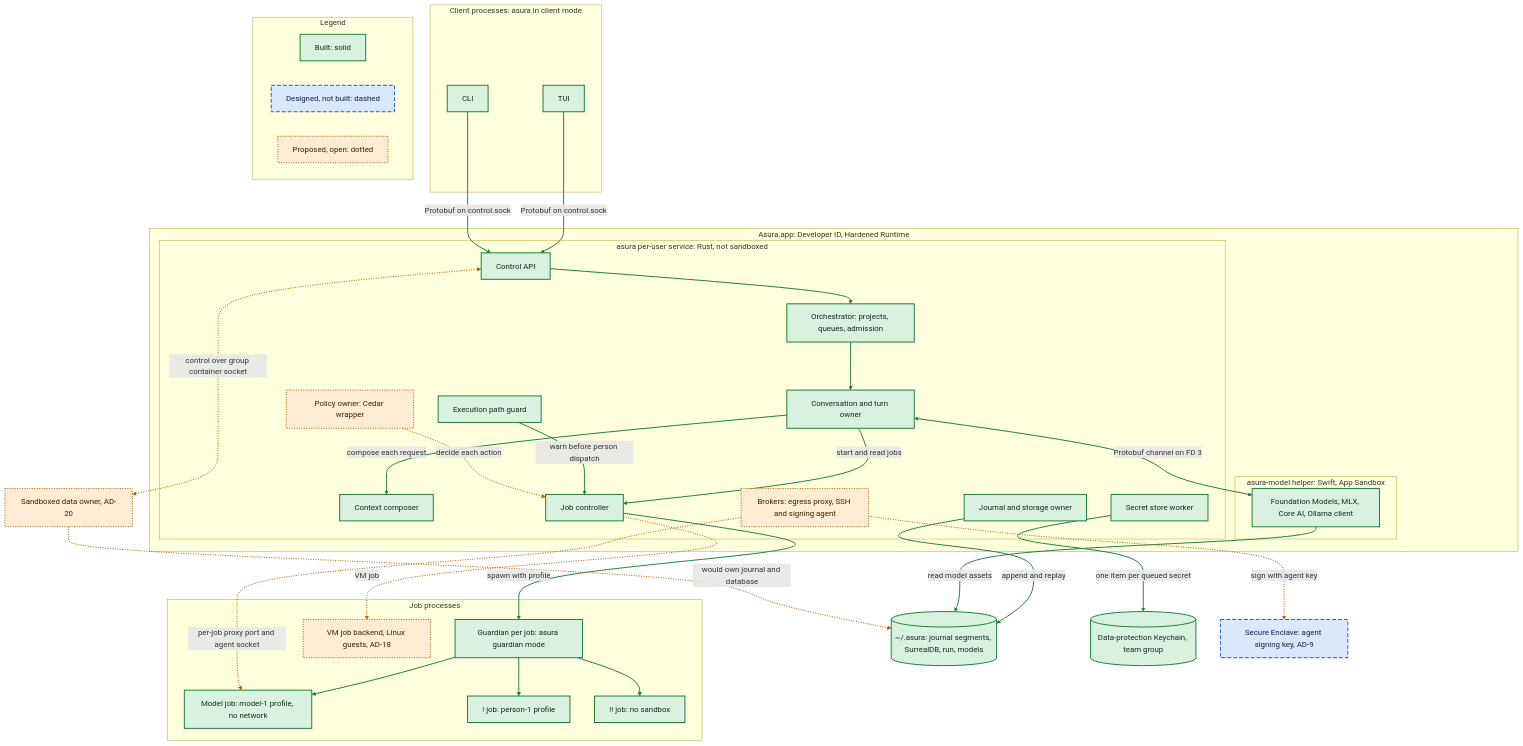
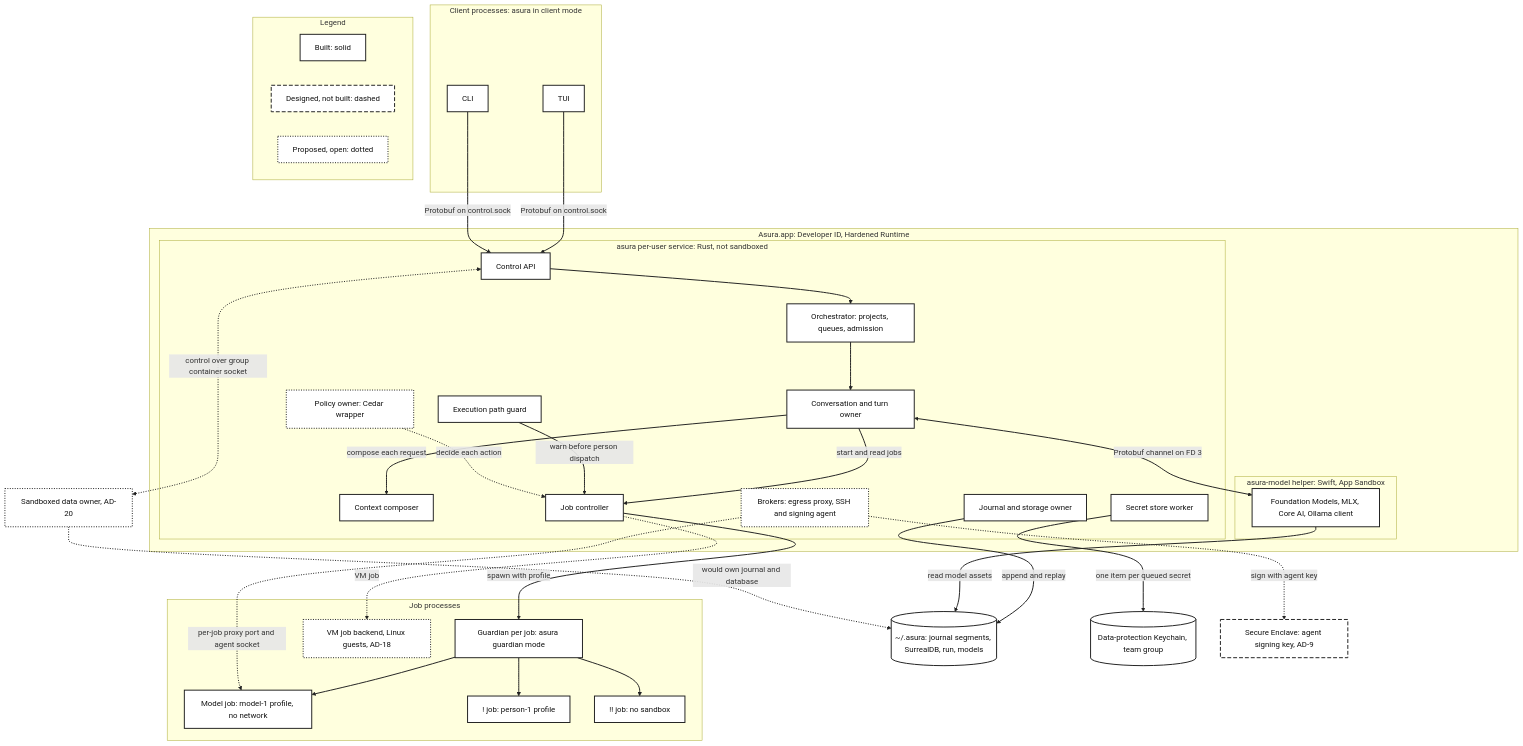
Before and after one commit to pidster/asura: the second of 7 diagrams in docs/designs/architecture-overview.md, drawn with Mermaid. The commit also changed other lines of this file, not shown here.

First line of the commit message:
Draw the overview diagrams in line styles only, without colour

````diff
--- a/docs/designs/architecture-overview.md
+++ b/docs/designs/architecture-overview.md
@@ -144,67 +143,67 @@
 ```mermaid
 flowchart TB
     subgraph ClientProcs["Client processes: asura in client mode"]
         TUI["TUI"]:::built
         CLI["CLI"]:::built
     end
     subgraph App["Asura.app: Developer ID, Hardened Runtime"]
         subgraph Svc["asura per-user service: Rust, not sandboxed"]
             API["Control API"]:::built
             Orch["Orchestrator: projects, queues, admission"]:::built
             Conv["Conversation and turn owner"]:::built
             CC["Context composer"]:::built
             JC["Job controller"]:::built
             PG["Execution path guard"]:::built
             SS["Secret store worker"]:::built
             Jn["Journal and storage owner"]:::built
             Pol["Policy owner: Cedar wrapper"]:::proposed
             Brk["Brokers: egress proxy, SSH and signing agent"]:::proposed
         end
         subgraph Hlp["asura-model helper: Swift, App Sandbox"]
             Inf["Foundation Models, MLX, Core AI, Ollama client"]:::built
         end
     end
     subgraph JobProcs["Job processes"]
         G["Guardian per job: asura guardian mode"]:::built
         MJ["Model job: model-1 profile, no network"]:::built
         PJ["! job: person-1 profile"]:::built
         PJJ["!! job: no sandbox"]:::built
         VM["VM job backend, Linux guests, AD-18"]:::proposed
     end
     Home[("~/.asura: journal segments, SurrealDB, run, models")]:::built
     KC[("Data-protection Keychain, team group")]:::built
     SE["Secure Enclave: agent signing key, AD-9"]:::designed
     DO["Sandboxed data owner, AD-20"]:::proposed
     TUI -->|"Protobuf on control.sock"| API
     CLI -->|"Protobuf on control.sock"| API
     API --> Orch
     Orch --> Conv
     Conv -->|"compose each request"| CC
     Conv -->|"start and read jobs"| JC
     Conv <-->|"Protobuf channel on FD 3"| Inf
     PG -->|"warn before person dispatch"| JC
     JC -->|"spawn with profile"| G
     G --> MJ
     G --> PJ
     G --> PJJ
     SS -->|"one item per queued secret"| KC
     Jn -->|"append and replay"| Home
     Inf -->|"read model assets"| Home
     Brk -->|"sign with agent key"| SE
     Pol -->|"decide each action"| JC
     Brk -->|"per-job proxy port and agent socket"| MJ
     JC -->|"VM job"| VM
     API <-->|"control over group container socket"| DO
     DO -->|"would own journal and database"| Home
     subgraph Legend["Legend"]
         direction LR
         LB["Built: solid"]:::built
         LD["Designed, not built: dashed"]:::designed
         LP["Proposed, open: dotted"]:::proposed
     end
-    classDef built fill:#d9f2df,stroke:#1b7f3b,stroke-width:2px,color:#0d2b16
-    classDef designed fill:#d9e8fb,stroke:#1d5fb4,stroke-width:2px,stroke-dasharray:8 4,color:#0b2140
-    classDef proposed fill:#fdebd3,stroke:#b25e00,stroke-width:2px,stroke-dasharray:2 3,color:#3a1f00
-    linkStyle 0,1,2,3,4,5,6,7,8,9,10,11,12,13,14 stroke:#1b7f3b,stroke-width:2px
-    linkStyle 15,16,17,18,19,20 stroke:#b25e00,stroke-width:2px,stroke-dasharray:2 3
+    classDef built fill:#ffffff,stroke:#222222,stroke-width:2px,color:#111111
+    classDef designed fill:#ffffff,stroke:#222222,stroke-width:2px,stroke-dasharray:8 4,color:#111111
+    classDef proposed fill:#ffffff,stroke:#222222,stroke-width:2px,stroke-dasharray:2 3,color:#111111
+    linkStyle 0,1,2,3,4,5,6,7,8,9,10,11,12,13,14 stroke:#222222,stroke-width:2px
+    linkStyle 15,16,17,18,19,20 stroke:#222222,stroke-width:2px,stroke-dasharray:2 3
 ```
````
